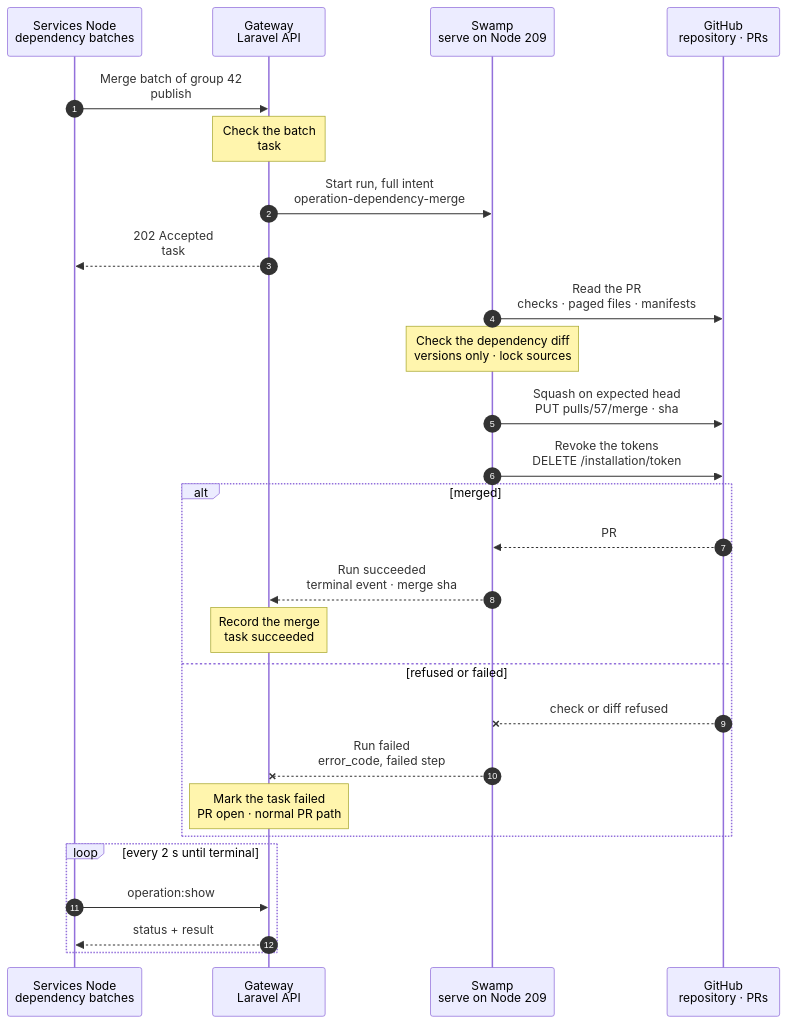
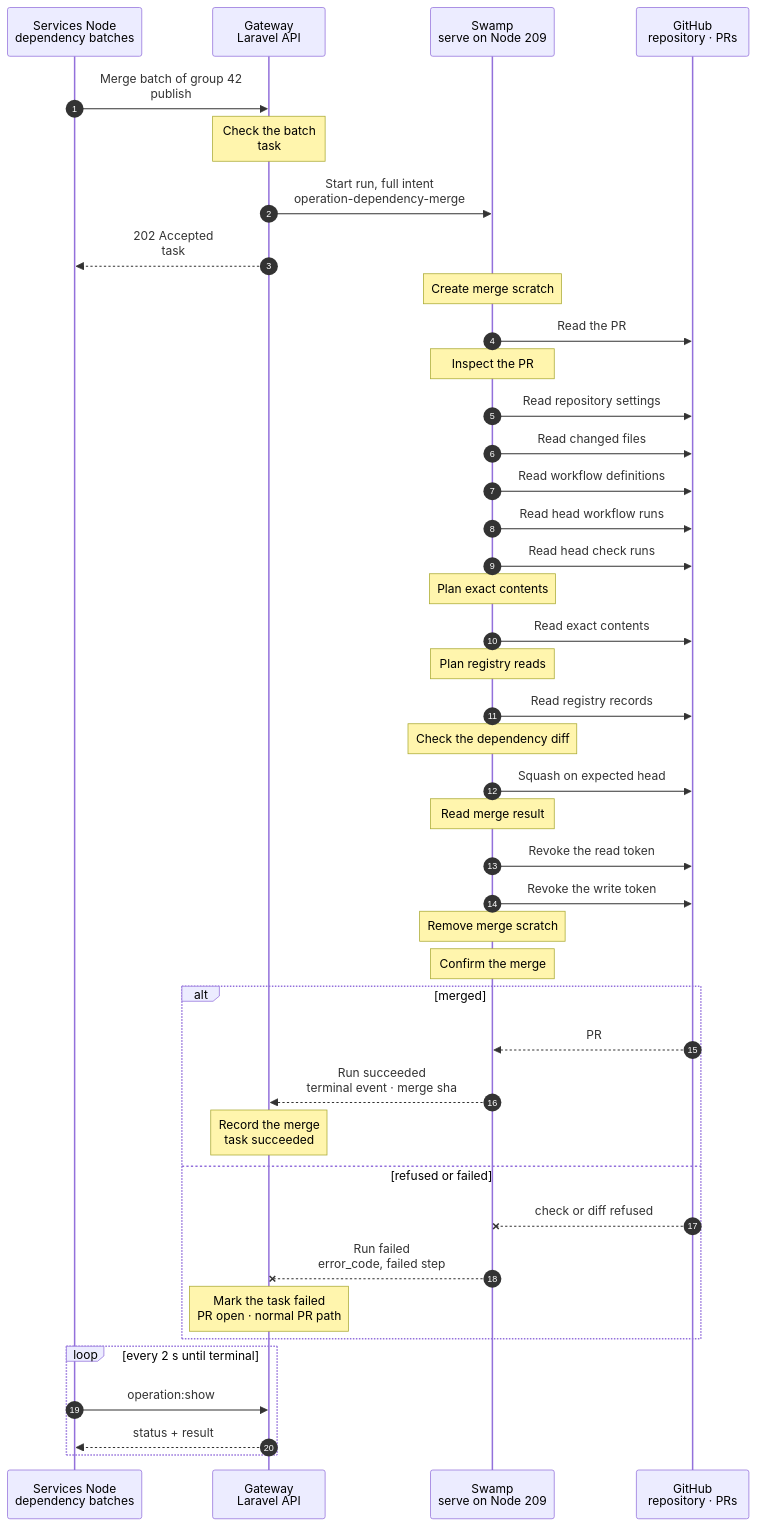
One commit to hardimpactdev/orbit changed the diagram in docs/cli/tasks/dependency-merge.mmd. Above: the diagram before and after it, drawn with Mermaid. The commit also changed 31 other files, not shown here.

First line of the commit message:
Port dependency batch merge to native GitHub command steps

```diff
--- a/docs/cli/tasks/dependency-merge.mmd
+++ b/docs/cli/tasks/dependency-merge.mmd
@@ -1,102 +1,114 @@
 sequenceDiagram
   %% Target design: ADR 0244 task, DECISIONS 1 (tokens minted at admission, vault; no private-material callback) and R2-R3. docs/reference/tasks.md#dependency-batch-squash-admission.
-  %% Tightened: flow-tighten 2026-11-02, rule 6 (the PR, its checks and its files in one read step).
-  %% status: draft
+  %% Tightened: flow-tighten 2026-11-02; native command boundaries remain visible, independent reads and content requests fan out.
+  %% status: migrated
   %% command: none · Services API (tasks-dependency-merge)
   %% kind: tasks.dependency_merge
   autonumber
   %% lane CLI icon=terminal pill=caller tone=gray
   %% lane GW icon=gateway pill=intent tone=blue
   %% lane SW icon=workflow pill=executes tone=green
   %% lane GH icon=server pill=target tone=purple
   participant CLI as Services Node<br/>dependency batches
   participant GW as Gateway<br/>Laravel API
   participant SW as Swamp<br/>serve on Node 209
   participant GH as GitHub<br/>repository · PRs
   CLI->>GW: Merge batch of group 42<br/>publish #5165 · head 9f3c…
   %%> Command:
   %%> - `POST /api/v1/task-groups/42/dependency-merge` with `publish_operation_id` 5165, `head_sha` and an `Idempotency-Key`
   %%> - syntax: the MCP tool `tasks-dependency-merge` with `group`, `publish_operation_id`, `head_sha`
   %%> Who can call it:
   %%> - only the configured Services Node; there is no `orbit` command
   Note over GW: Check the batch<br/>task #5166 · mint 2 tokens
   %%> Requirements:
   %%> - the Project has dependency merge enabled; today every Project is off
   %%> - the Project is an app with a hosted production Instance; packages and unclassified monorepos are refused
   %%> - group 42 is an external dependency batch the Services Node created, with a passed handoff check and the exact successful publish task #5165 for this head
   %%> - no other task runs on group 42; the Gateway holds one lock per group
   %%> What it does:
   %%> - mints a write token with only `contents: write` and `pull_requests: write`, never `workflows: write`
-  %%> - mints a read token with `contents`, `checks` and `actions` read
-  %%> - pushes both to the vault as `dependency-merge-5166-write` and `-read` after commit (R3); no step fetches them from the Gateway
+  %%> - mints a read token with `contents`, `pull_requests`, `checks` and `actions` read
+  %%> - pushes both to the vault as `dependency-merge-write-<uuid>` and `dependency-merge-read-<uuid>` after commit (R3); no step fetches them from the Gateway
   %%> Result:
   %%> - task #5166 recorded with the full intent
   GW->>SW: Start run, full intent<br/>operation-dependency-merge
   %%> What it does:
   %%> - starts one Swamp run on serve (Node 209); no Node is a target
   %%> Inputs:
   %%> - the repository, default branch, PR branch `task-42`, expected head, and the smoke workflow path
   %%> - the vault key names of the tokens, never the tokens
   GW-->>CLI: 202 Accepted<br/>task #5166
   %%> What you get:
   %%> - the task number, at once
   %%> Next:
   %%> - the caller follows the task with `operation:show`
-  SW->>GH: Read the PR<br/>checks · paged files · manifests
+  Note over SW: Create merge scratch
   %%> What it does:
-  %%> - reads the PR fresh, its checks on the exact head, and every changed file, with the read token from `vault.get`
-  %%> - only root `composer.json`, `composer.lock`, `package.json` and the npm, pnpm and Bun text lock files may change; Yarn and `bun.lockb` go the ordinary PR path
+  %%> - creates a private temporary directory for native replies; no repository content enters run data
+  SW->>GH: Read the PR
+  Note over SW: Inspect the PR
+  %%> Recovery:
+  %%> - an already-merged exact head skips metadata, contents, registry reads and the PUT; its merge SHA is kept
+  SW->>GH: Read repository settings
+  %%> Parallel:
+  %%> - repository settings, changed files, workflow definitions, exact-head workflow runs and check runs are independent native reads
+  SW->>GH: Read changed files
+  %%> What it does:
+  %%> - follows all Link pages; count, duplicates and the GitHub truncation boundary are checked before reading contents
+  SW->>GH: Read workflow definitions
+  SW->>GH: Read head workflow runs
+  SW->>GH: Read head check runs
+  Note over SW: Plan exact contents
+  SW->>GH: Read exact contents
+  %%> What it does:
+  %%> - reads every allowed changed file at base and head, and its root manifest, in parallel
+  Note over SW: Plan registry reads
+  SW->>GH: Read registry records
+  Note over SW: Check the dependency diff
   %%> Refuses:
-  %%> - a PR that is not open, is a draft, comes from another repository, or targets another branch
-  %%> - `Required checks` or `Production smoke / smoke` missing, pending, skipped or failed on the exact head
-  %%> - incomplete or capped file evidence, or any other file
-  %%> Why one step:
-  %%> - all three read PR #57 and fail the same way
-  Note over SW: Check the dependency diff<br/>versions only · lock sources
+  %%> - changes outside existing dependency versions, breaking root ranges, untrusted lock sources or unreachable packages
+  %%> - exact-head Required checks or the configured production smoke suite missing, pending or failed
+  SW->>GH: Squash on expected head
   %%> What it does:
-  %%> - compares base and head manifests: only versions of existing dependencies may differ
-  %%> - checks every locked package against Packagist or the npm registry, and that it is reachable from the root manifest
-  %%> Refuses:
-  %%> - a breaking semver bump: `dependency_merge.major_bump`; the PR stays open for hand-testing
-  SW->>GH: Squash on expected head<br/>PUT pulls/57/merge · sha
-  %%> What it does:
-  %%> - squash-merges PR #57 only if its head still equals the expected head, with the write token
-  %%> Lost reply:
-  %%> - the next attempt reads PR #57 first; a merged exact head returns its merge SHA without another write
-  SW->>GH: Revoke the tokens<br/>DELETE /installation/token
-  %%> What it does:
-  %%> - revokes both tokens, on success and on failure
-  %%> If it fails:
-  %%> - the run still reports its result; the tokens expire within one hour
+  %%> - one squash PUT with the admitted sha; a moved head refuses without merging
+  Note over SW: Read merge result
+  SW->>GH: Revoke the read token
+  %%> When:
+  %%> - always, on success and failure; best effort because both tokens expire within one hour
+  SW->>GH: Revoke the write token
+  %%> When:
+  %%> - always, on success and failure; best effort because both tokens expire within one hour
+  Note over SW: Remove merge scratch
+  Note over SW: Confirm the merge
   alt merged
     GH-->>SW: PR #57 merged · sha
     %%> Returns:
     %%> - the merge commit
     SW-->>GW: Run succeeded<br/>terminal event · merge sha
     %%> How the Gateway learns it:
     %%> - its shared run reader sees the terminal event; Swamp never calls the Gateway
     Note over GW: Record the merge<br/>task succeeded
     %%> Result:
     %%> - task #5166 succeeds with the merge SHA
     %%> - the task system sees the merge and completes group 42 as usual; nothing is deployed here
   else refused or failed
     GH--xSW: check or diff refused
     %%> When:
     %%> - a check, file or diff rule refuses, the head moved, or GitHub refuses the merge
     SW--xGW: Run failed<br/>error_code, failed step
     %%> The Gateway reads:
     %%> - which step failed and its error code
     Note over GW: Mark the task failed<br/>PR open · normal PR path
     %%> Result:
     %%> - task #5166 fails; PR #57 stays open and goes through ordinary PR handling
     %%> Retry:
     %%> - a new request for the same head is a new task with new tokens; it reads everything again
   end
   loop every 2 s until terminal
     CLI->>GW: operation:show #5166
     %%> What it does:
     %%> - asks for the task's status every 2 seconds until it has ended
     GW-->>CLI: status + result
     %%> Returns:
     %%> - the current status, and the result once the task has ended
   end
```
